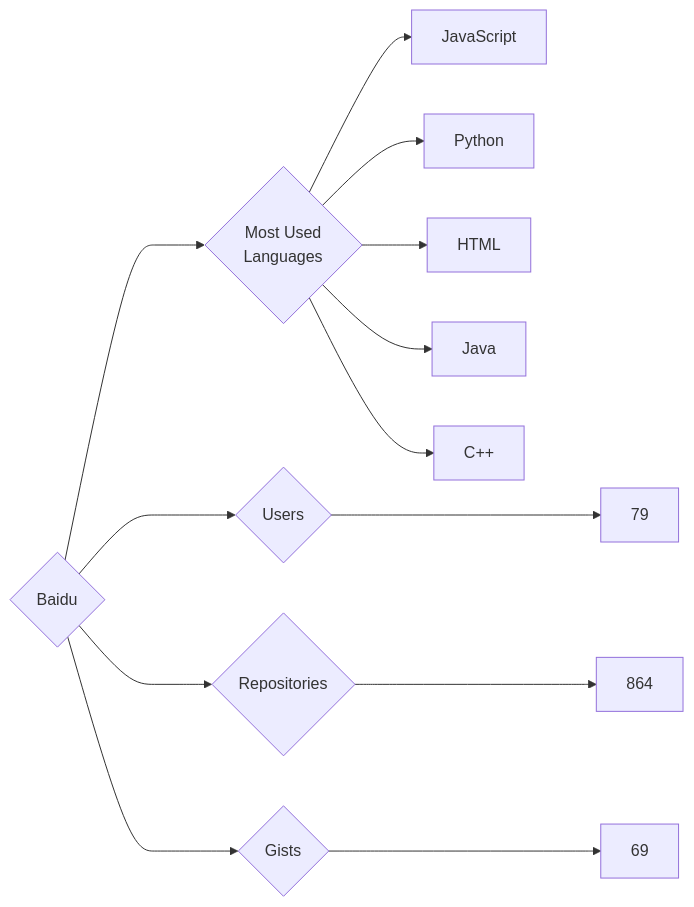
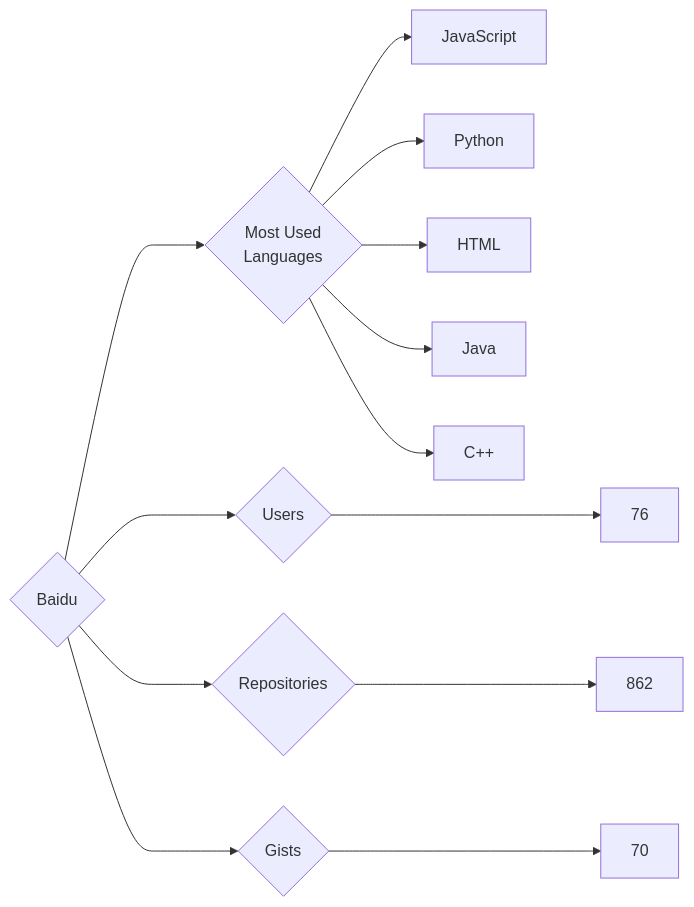
One commit to trickest/insiders changed the diagram in targets/Baidu/README.md. Above: the diagram before and after it, drawn with Mermaid. The commit also changed 814 other files, not shown here.

````diff
--- a/targets/Baidu/README.md
+++ b/targets/Baidu/README.md
@@ -3,13 +3,13 @@
 ```mermaid
 graph LR
 COMPANY_NAME{Baidu}
-COMPANY_NAME ---> U{Users} ---> UN[79]
-COMPANY_NAME ---> R{Repositories} ---> RN[864]
-COMPANY_NAME ---> G{Gists} ---> GN[69]
+COMPANY_NAME ---> U{Users} ---> UN[76]
+COMPANY_NAME ---> R{Repositories} ---> RN[862]
+COMPANY_NAME ---> G{Gists} ---> GN[70]
 COMPANY_NAME ---> ML{Most Used<br>Languages}
 ML --> JavaScript[JavaScript]
 ML --> Python[Python]
 ML --> HTML[HTML]
 ML --> Java[Java]
 ML --> C++[C++]
 ```
````
